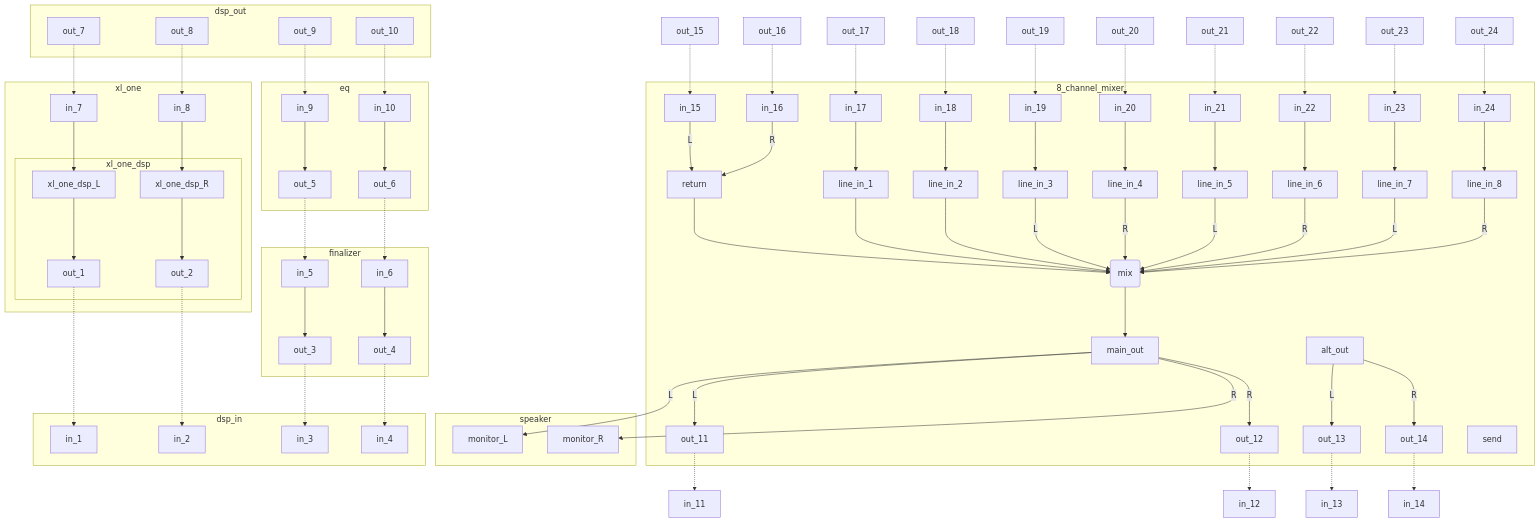
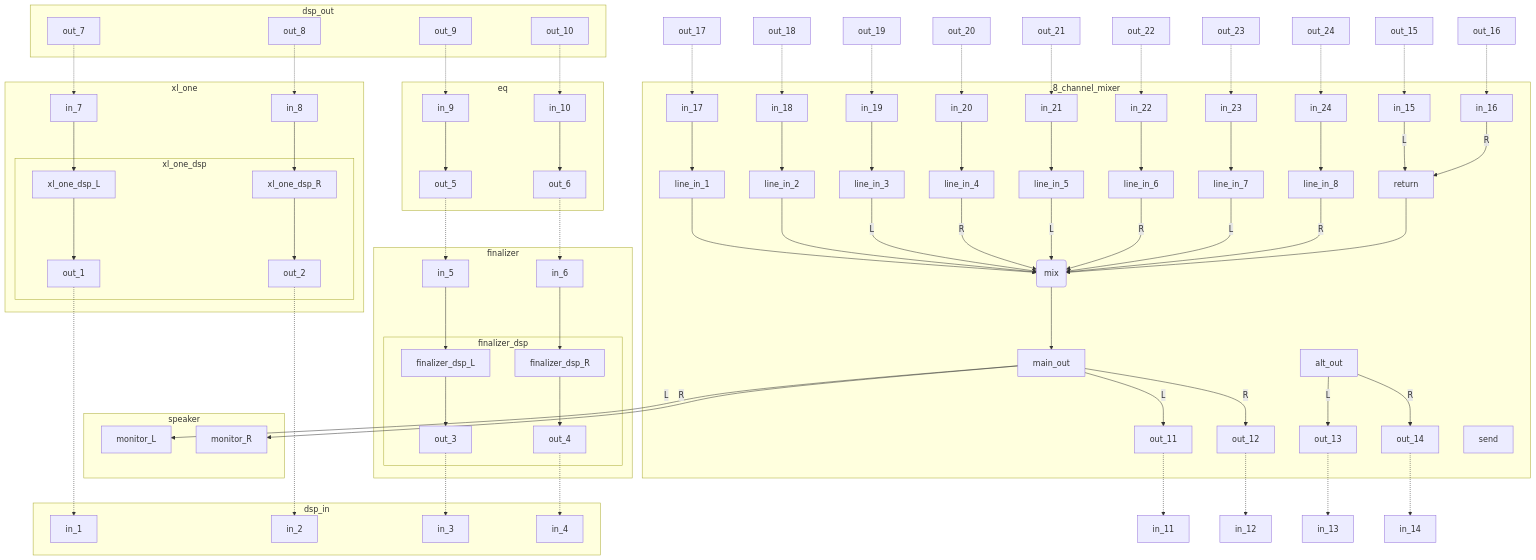
The diagram in docs/outboard.mmd (wekaco/WKC-5P), drawn with Mermaid before and after one commit. The commit also changed 1 other file, not shown here.

Commit message:
docs(outboard): Work on finalizer_dsp

```diff
--- a/docs/outboard.mmd
+++ b/docs/outboard.mmd
@@ -1,93 +1,98 @@
 graph TD
 out_1 -.-> in_1
 out_2 -.-> in_2
 out_3 -.-> in_3
 out_4 -.-> in_4
 out_5 -.-> in_5
 out_6 -.-> in_6
 out_7 -.-> in_7
 out_8 -.-> in_8
 out_9 -.-> in_9
 out_10 -.-> in_10
 out_11 -.-> in_11
 out_12 -.-> in_12
 out_13 -.-> in_13
 out_14 -.-> in_14
 out_15 -.-> in_15
 out_16 -.-> in_16
 out_17 -.-> in_17
 out_18 -.-> in_18
 out_19 -.-> in_19
 out_20 -.-> in_20
 out_21 -.-> in_21
 out_22 -.-> in_22
 out_23 -.-> in_23
 out_24 -.-> in_24
 
 subgraph dsp_in
 in_1
 in_2
 in_3
 in_4
 end
 subgraph dsp_out
 out_7
 out_8
 out_9
 out_10
 end
 
 subgraph finalizer
-in_5 --> out_3
-in_6 --> out_4
+subgraph finalizer_dsp
+finalizer_dsp_L --> out_3
+finalizer_dsp_R --> out_4
+end
+in_5 --> finalizer_dsp_L
+in_6 --> finalizer_dsp_R
 end
 
 subgraph xl_one
 in_7 --> xl_one_dsp_L
 in_8 --> xl_one_dsp_R
 subgraph xl_one_dsp
 xl_one_dsp_L --> out_1
 xl_one_dsp_R --> out_2
 end
 end
+
 subgraph eq
 in_9 --> out_5
 in_10 --> out_6
 end
 
 subgraph speaker
 monitor_L
 monitor_R
 end
 
 subgraph 8_channel_mixer
 send
 main_out
 alt_out
 mix(mix) --> main_out
 line_in_1 --> mix
 line_in_2 --> mix
 line_in_3 -->|L| mix
 line_in_4 -->|R| mix
 line_in_5 -->|L| mix
 line_in_6 -->|R| mix
 line_in_7 -->|L| mix
 line_in_8 -->|R| mix
 return --> mix
 in_15 --> |L| return
 in_16 --> |R| return
 alt_out --> |L| out_13
 alt_out --> |R| out_14
 in_17 --> line_in_1
 in_18 --> line_in_2
 in_19 --> line_in_3
 in_20 --> line_in_4
 in_21 --> line_in_5
 in_22 --> line_in_6
 in_23 --> line_in_7
 in_24 --> line_in_8
 main_out --> |L| monitor_L
 main_out --> |L| out_11
 main_out --> |R| monitor_R
 main_out --> |R| out_12
 end
```
